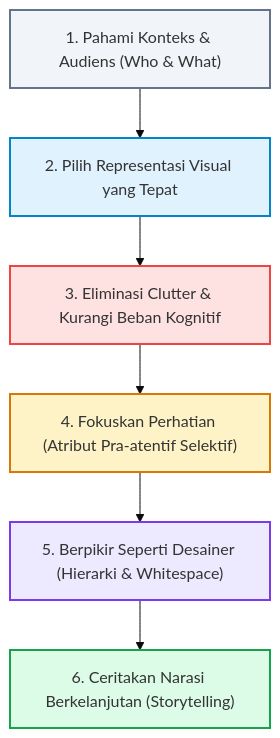
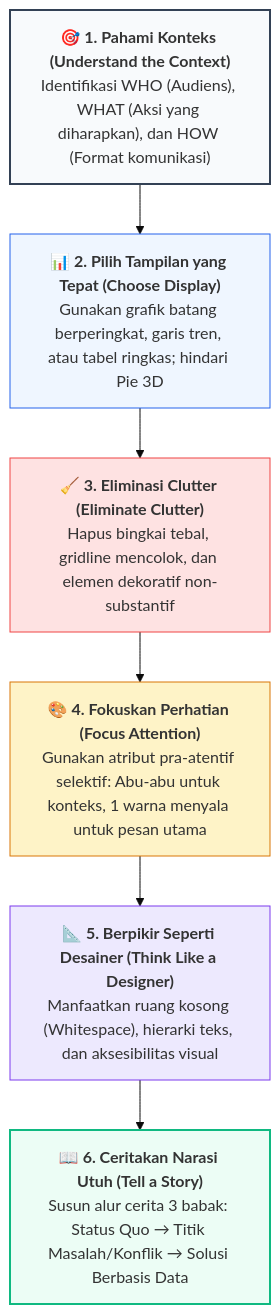
The first of 2 diagrams in docs/visualisasi-data/14-data-storytelling.md (mahendaruui/Perkuliahan), drawn with Mermaid (base theme) before and after one commit. The commit also changed other lines of this file and 15 other files, not shown here.

Commit message:
docs: update educational modules with enhanced visualizations, interactive Streamlit components, and improved caching architecture

````diff
--- a/docs/visualisasi-data/14-data-storytelling.md
+++ b/docs/visualisasi-data/14-data-storytelling.md
@@ -14,15 +17,18 @@
 ```mermaid
 flowchart TD
-    S1["1. Pahami Konteks & Audiens (Who & What)"] --> S2["2. Pilih Representasi Visual yang Tepat"]
-    S2 --> S3["3. Eliminasi Clutter & Kurangi Beban Kognitif"]
-    S3 --> S4["4. Fokuskan Perhatian (Atribut Pra-atentif Selektif)"]
-    S4 --> S5["5. Berpikir Seperti Desainer (Hierarki & Whitespace)"]
-    S5 --> S6["6. Ceritakan Narasi Berkelanjutan (Storytelling)"]
+    S1["🎯 <b>1. Pahami Konteks (Understand the Context)</b><br>Identifikasi WHO (Audiens), WHAT (Aksi yang diharapkan), dan HOW (Format komunikasi)"]
+    S2["📊 <b>2. Pilih Tampilan yang Tepat (Choose Display)</b><br>Gunakan grafik batang berperingkat, garis tren, atau tabel ringkas; hindari Pie 3D"]
+    S3["🧹 <b>3. Eliminasi Clutter (Eliminate Clutter)</b><br>Hapus bingkai tebal, gridline mencolok, dan elemen dekoratif non-substantif"]
+    S4["🎨 <b>4. Fokuskan Perhatian (Focus Attention)</b><br>Gunakan atribut pra-atentif selektif: Abu-abu untuk konteks, 1 warna menyala untuk pesan utama"]
+    S5["📐 <b>5. Berpikir Seperti Desainer (Think Like a Designer)</b><br>Manfaatkan ruang kosong (Whitespace), hierarki teks, dan aksesibilitas visual"]
+    S6["📖 <b>6. Ceritakan Narasi Utuh (Tell a Story)</b><br>Susun alur cerita 3 babak: Status Quo → Titik Masalah/Konflik → Solusi Berbasis Data"]
 
-    style S1 fill:#f1f5f9,stroke:#64748b,stroke-width:2px
-    style S2 fill:#e0f2fe,stroke:#0284c7,stroke-width:2px
-    style S3 fill:#fee2e2,stroke:#ef4444,stroke-width:2px
-    style S4 fill:#fef3c7,stroke:#d97706,stroke-width:2px
-    style S5 fill:#ede9fe,stroke:#7c3aed,stroke-width:2px
-    style S6 fill:#dcfce7,stroke:#16a34a,stroke-width:2px
+    S1 --> S2 --> S3 --> S4 --> S5 --> S6
+
+    style S1 fill:#f8fafc,stroke:#334155,stroke-width:2px
+    style S2 fill:#eff6ff,stroke:#2563eb,stroke-width:1px
+    style S3 fill:#fee2e2,stroke:#ef4444,stroke-width:1px
+    style S4 fill:#fef3c7,stroke:#d97706,stroke-width:1px
+    style S5 fill:#ede9fe,stroke:#7c3aed,stroke-width:1px
+    style S6 fill:#ecfdf5,stroke:#10b981,stroke-width:2px
 ```
````
